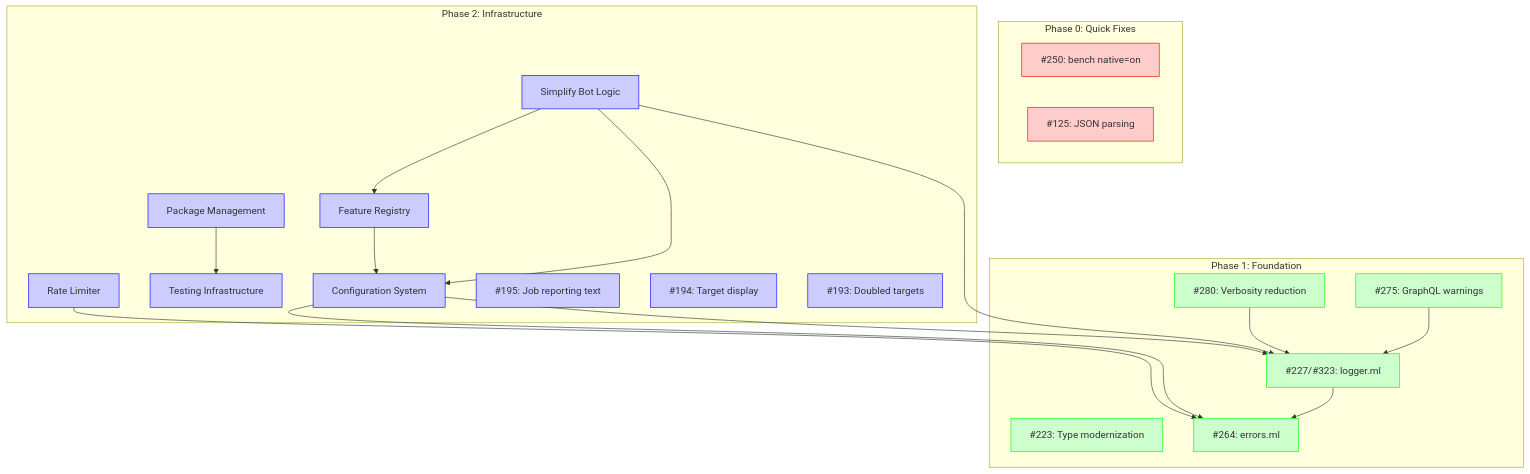
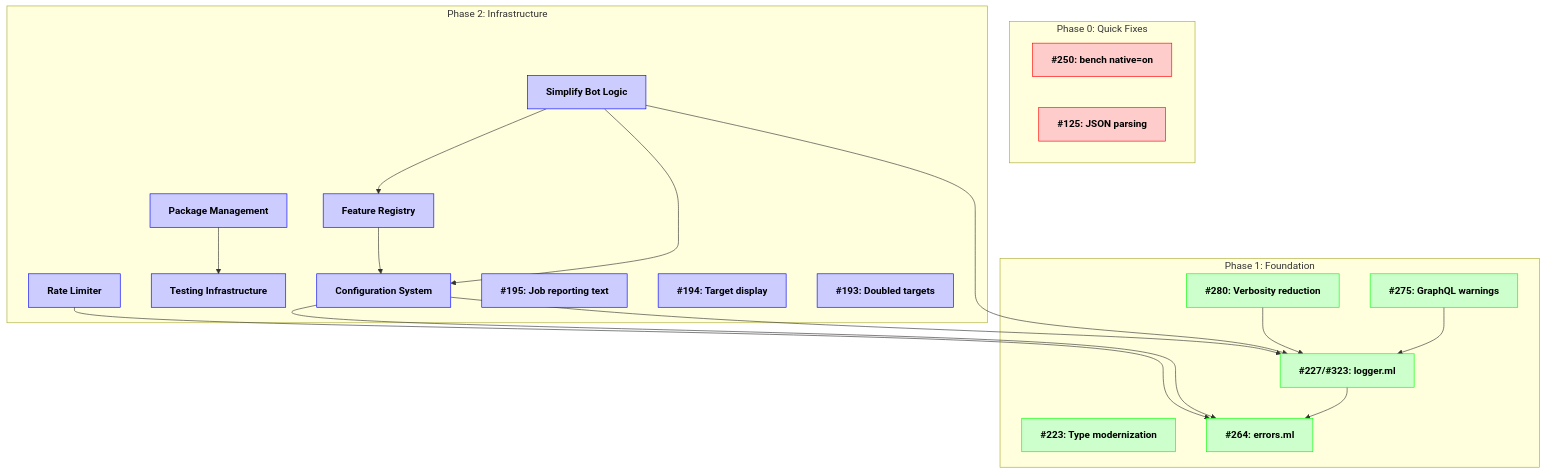
The diagram in docs/plans/milestone.md (lykimq/bot), drawn with Mermaid before and after one commit.

Commit message:
text bold black

````diff
--- a/docs/plans/milestone.md
+++ b/docs/plans/milestone.md
@@ -169,66 +169,67 @@
 ```mermaid
 graph TD
     %% Phase 0 - No dependencies
     P0_250["#250: bench native=on"]
     P0_125["#125: JSON parsing"]
 
     %% Phase 1 - Error handling and logging
     P1_223["#223: Type modernization"]
     P1_264["#264: errors.ml"]
     P1_227["#227/#323: logger.ml"] --> P1_264
     P1_280["#280: Verbosity reduction"] --> P1_227
     P1_275["#275: GraphQL warnings"] --> P1_227
 
     %% Phase 2 - Infrastructure
     P2_RL["Rate Limiter"] --> P1_264
     P2_Config["Configuration System"] --> P1_264
     P2_Config --> P1_227
     P2_Testing["Testing Infrastructure"]
     P2_Package["Package Management"] --> P2_Testing
 
     %% Core Infrastructure
     P2_Features["Feature Registry"] --> P2_Config
     P2_Bot["Simplify Bot Logic"] --> P2_Features
     P2_Bot --> P2_Config
     P2_Bot --> P1_227
 
     %% Text Improvements
     P2_195["#195: Job reporting text"]
     P2_194["#194: Target display"]
     P2_193["#193: Doubled targets"]
 
     %% Phase grouping
     subgraph "Phase 0: Quick Fixes"
         P0_250
         P0_125
     end
 
     subgraph "Phase 1: Foundation"
         P1_223
         P1_264
         P1_227
         P1_280
         P1_275
     end
 
     subgraph "Phase 2: Infrastructure"
         P2_RL
         P2_Config
         P2_Testing
         P2_Package
         P2_Features
         P2_Bot
         P2_195
         P2_194
         P2_193
     end
 
     %% Styling
-    classDef phase0 fill:#ffcccc,stroke:#ff0000
-    classDef phase1 fill:#ccffcc,stroke:#00ff00
-    classDef phase2 fill:#ccccff,stroke:#0000ff
+    classDef phase0 fill:#ffcccc,stroke:#ff0000,color:black,font-weight:bold
+    classDef phase1 fill:#ccffcc,stroke:#00ff00,color:black,font-weight:bold
+    classDef phase2 fill:#ccccff,stroke:#0000ff,color:black,font-weight:bold
+    classDef default color:black
 
     class P0_250,P0_125 phase0
     class P1_223,P1_264,P1_227,P1_280,P1_275 phase1
     class P2_RL,P2_Config,P2_Testing,P2_Package,P2_Features,P2_Bot,P2_195,P2_194,P2_193 phase2
 ```
````
